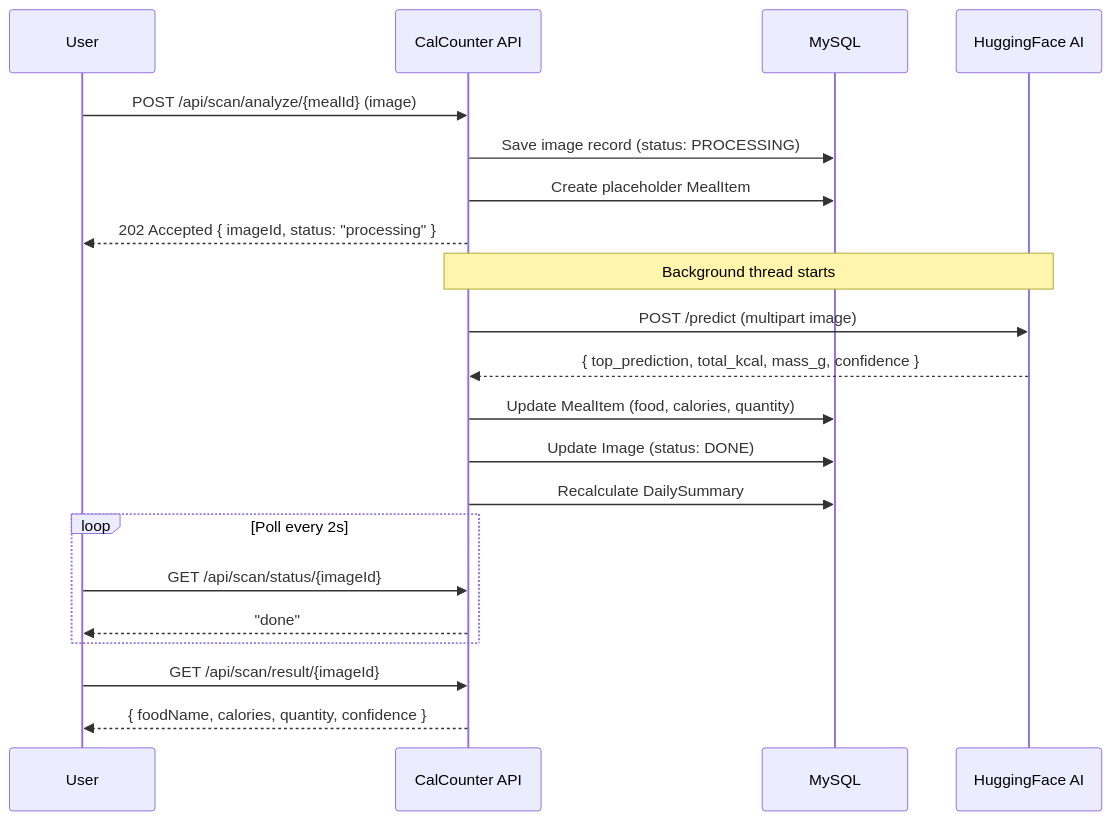
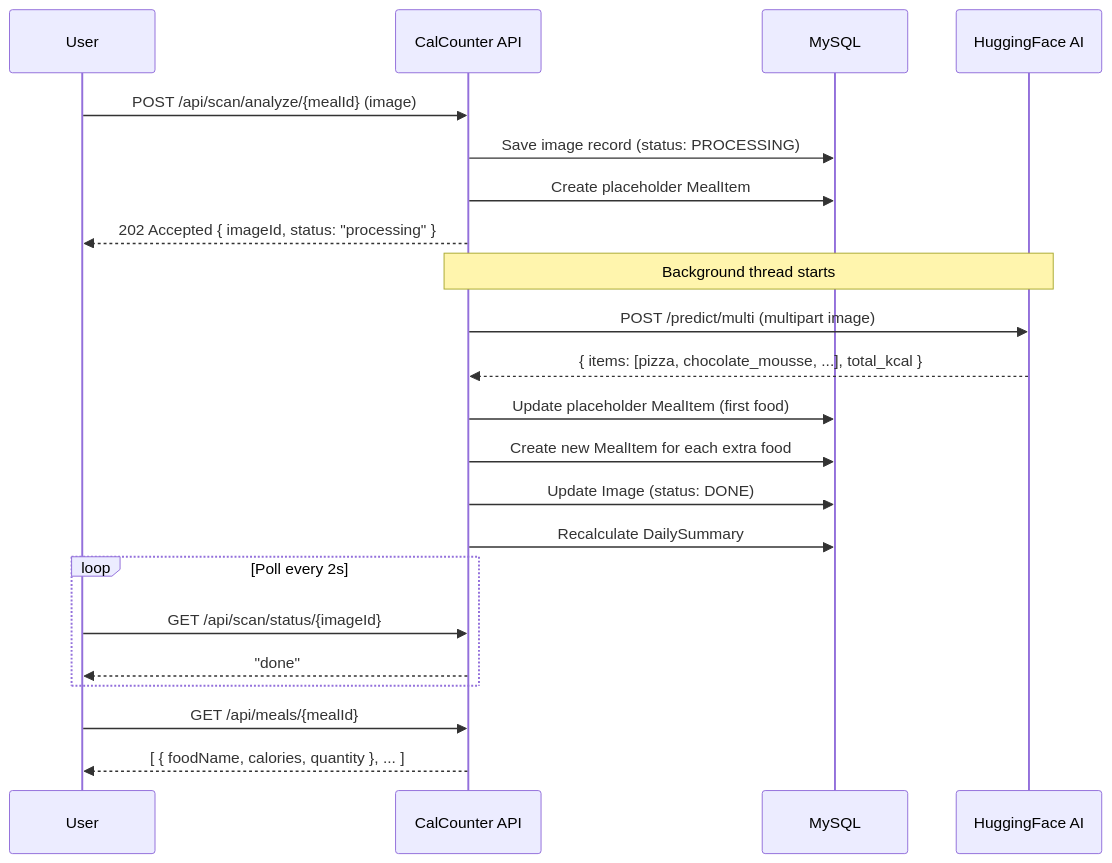
The second of 2 diagrams in README.md (MahmoudYoussef-web/calorie-tracker-backend), drawn with Mermaid before and after one commit. The commit also changed other lines of this file, not shown here.

Commit message:
docs: update AI scan flow to multi-food detection

````diff
--- a/README.md
+++ b/README.md
@@ -156,29 +156,30 @@
 ```mermaid
 sequenceDiagram
     participant User
     participant API as CalCounter API
     participant DB as MySQL
     participant HF as HuggingFace AI
 
     User->>API: POST /api/scan/analyze/{mealId} (image)
     API->>DB: Save image record (status: PROCESSING)
     API->>DB: Create placeholder MealItem
     API-->>User: 202 Accepted { imageId, status: "processing" }
 
     Note over API,HF: Background thread starts
 
-    API->>HF: POST /predict (multipart image)
-    HF-->>API: { top_prediction, total_kcal, mass_g, confidence }
+    API->>HF: POST /predict/multi (multipart image)
+    HF-->>API: { items: [pizza, chocolate_mousse, ...], total_kcal }
 
-    API->>DB: Update MealItem (food, calories, quantity)
+    API->>DB: Update placeholder MealItem (first food)
+    API->>DB: Create new MealItem for each extra food
     API->>DB: Update Image (status: DONE)
     API->>DB: Recalculate DailySummary
 
     loop Poll every 2s
         User->>API: GET /api/scan/status/{imageId}
         API-->>User: "done"
     end
 
-    User->>API: GET /api/scan/result/{imageId}
-    API-->>User: { foodName, calories, quantity, confidence }
+    User->>API: GET /api/meals/{mealId}
+    API-->>User: [ { foodName, calories, quantity }, ... ]
 ```
````
